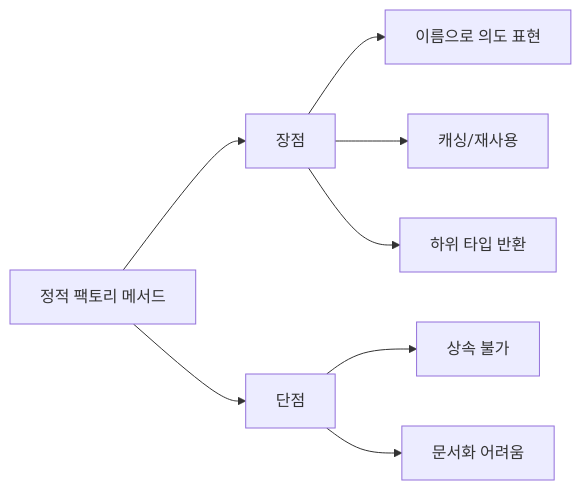
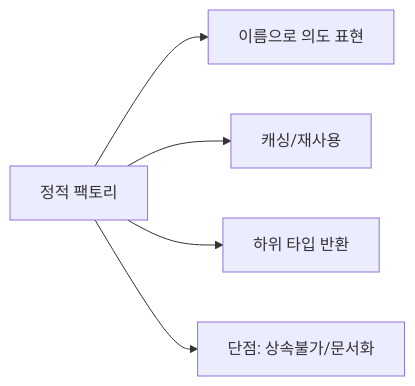
One commit to yjkim2015/yjkim2015.github.io changed the third of 3 diagrams in _posts/java/2021-12-13-effective-java1.md. Above: the diagram before and after it, drawn with Mermaid. The commit also changed 163 other files, not shown here.

First line of the commit message:
Mermaid 300개 블록 내용 축소: 5노드 5엣지 이하, 의미 있는 약어

````diff
--- a/_posts/java/2021-12-13-effective-java1.md
+++ b/_posts/java/2021-12-13-effective-java1.md
@@ -213,10 +213,7 @@
 ```mermaid
 graph LR
-    A["정적 팩토리 메서드"] --> B["장점"]
-    A --> C["단점"]
-    B --> B1["이름으로 의도 표현"]
-    B --> B2["캐싱/재사용"]
-    B --> B3["하위 타입 반환"]
-    C --> C1["상속 불가"]
-    C --> C2["문서화 어려움"]
+    A["정적 팩토리"] --> B["이름으로 의도 표현"]
+    A --> C["캐싱/재사용"]
+    A --> D["하위 타입 반환"]
+    A --> E["단점: 상속불가/문서화"]
 ```
````
